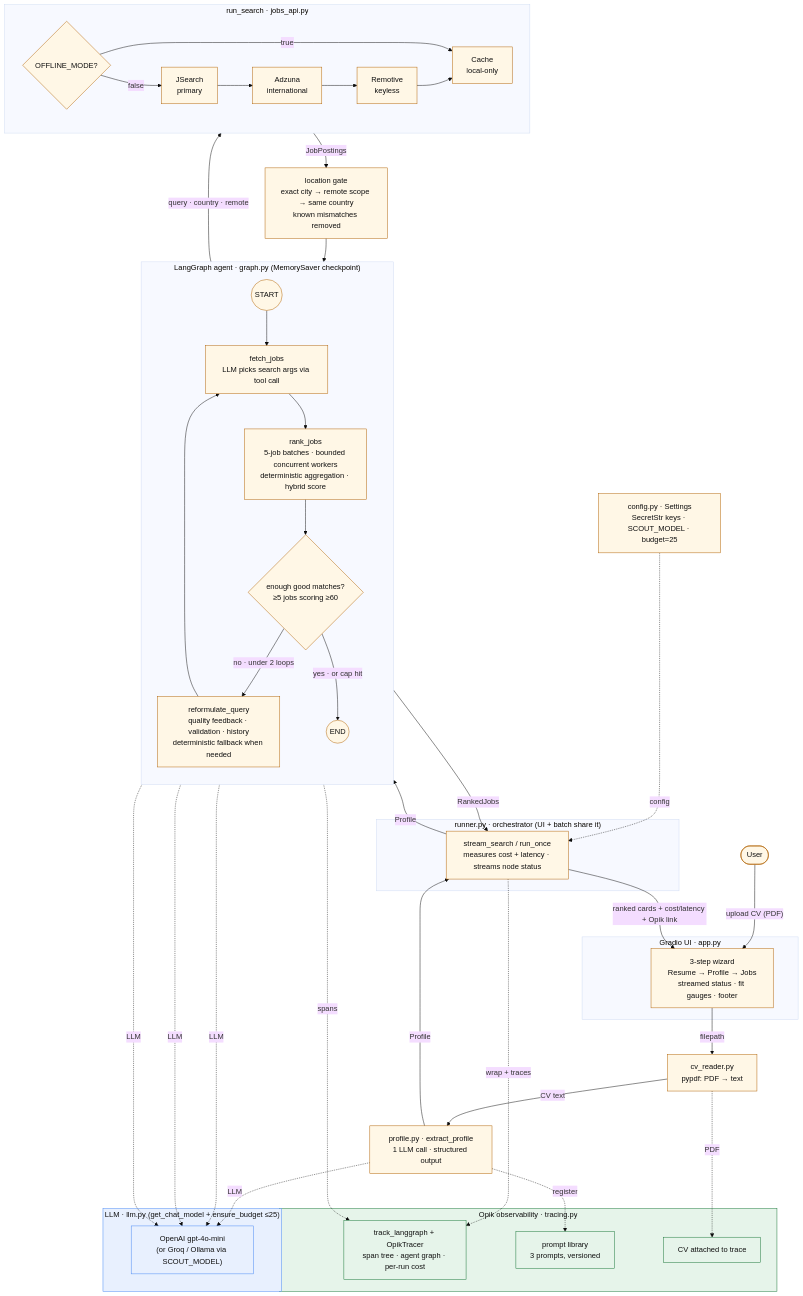
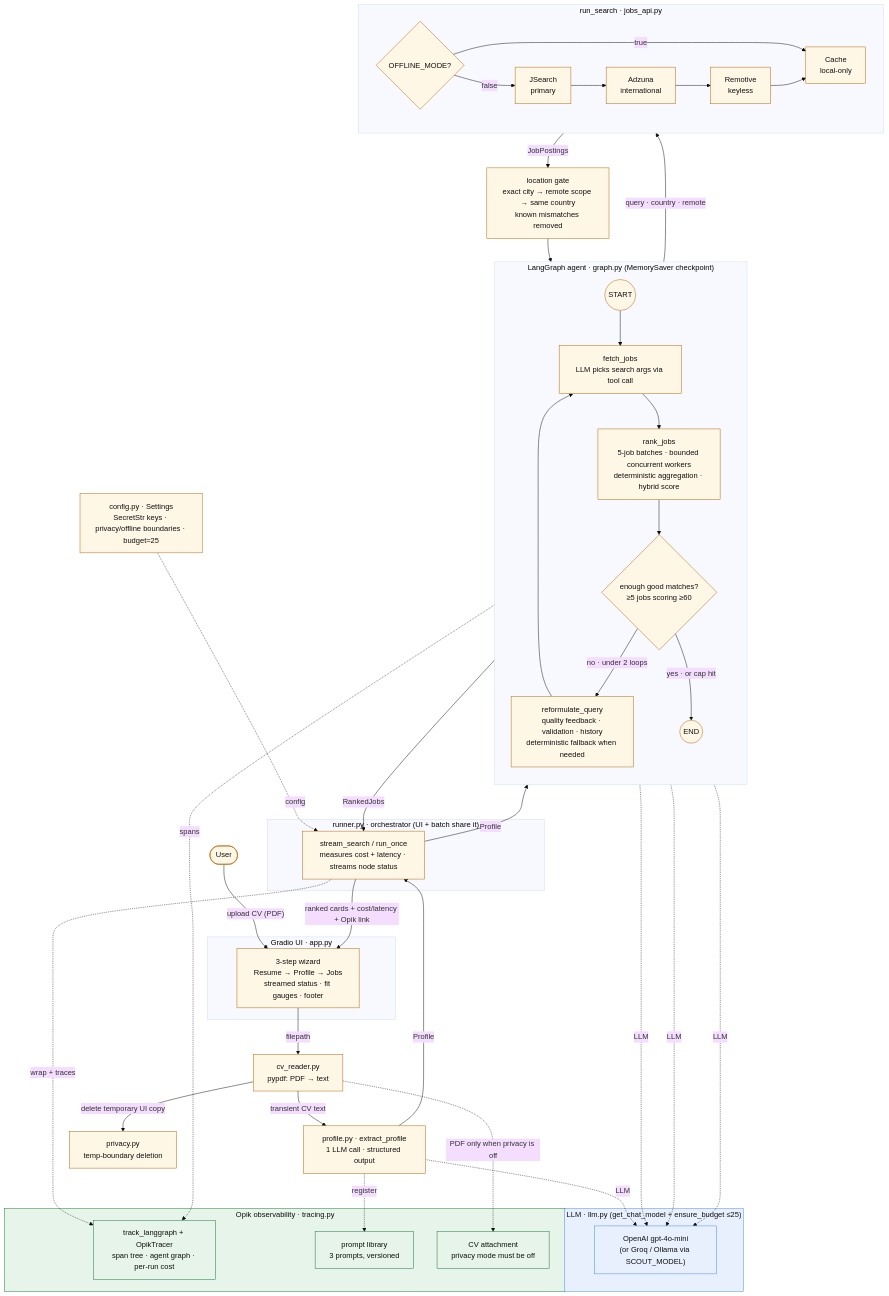
Before and after one commit to exitLQ/the-agent-that-got-me-rejected: the diagram in docs/architecture.md, drawn with Mermaid (base theme). The commit also changed other lines of this file and 14 other files, not shown here.

Commit message:
feat: add privacy mode

````diff
--- a/docs/architecture.md
+++ b/docs/architecture.md
@@ -11,68 +11,69 @@
 ```mermaid
 flowchart TB
   U(["User"]) -->|"upload CV (PDF)"| UI
 
   subgraph UI_L["Gradio UI · app.py"]
     UI["3-step wizard<br/>Resume → Profile → Jobs<br/>streamed status · fit gauges · footer"]
   end
 
   UI -->|"filepath"| CVR["cv_reader.py<br/>pypdf: PDF → text"]
-  CVR -->|"CV text"| EP["profile.py · extract_profile<br/>1 LLM call · structured output"]
+  CVR -->|"transient CV text"| EP["profile.py · extract_profile<br/>1 LLM call · structured output"]
+  CVR -->|"delete temporary UI copy"| DEL["privacy.py<br/>temp-boundary deletion"]
   EP -->|"Profile"| RUN
 
   subgraph ORCH["runner.py · orchestrator (UI + batch share it)"]
     RUN["stream_search / run_once<br/>measures cost + latency · streams node status"]
   end
 
   RUN -->|"Profile"| G
 
   subgraph G["LangGraph agent · graph.py (MemorySaver checkpoint)"]
     direction TB
     S((START)) --> FJ
     FJ["fetch_jobs<br/>LLM picks search args via tool call"] --> RJ
     RJ["rank_jobs<br/>5-job batches · bounded concurrent workers<br/>deterministic aggregation · hybrid score"] --> D{"enough good matches?<br/>≥5 jobs scoring ≥60"}
     D -->|"no · under 2 loops"| RQ["reformulate_query<br/>quality feedback · validation · history<br/>deterministic fallback when needed"]
     RQ --> FJ
     D -->|"yes · or cap hit"| E((END))
   end
 
   FJ -->|"query · country · remote"| SRCH
   subgraph SRCH["run_search · jobs_api.py"]
     direction LR
     MODE{"OFFLINE_MODE?"} -->|"true"| CA["Cache<br/>local-only"]
     MODE -->|"false"| JS["JSearch<br/>primary"]
     JS --> AZ["Adzuna<br/>international"] --> RM["Remotive<br/>keyless"] --> CA
   end
   SRCH -->|"JobPostings"| LOC["location gate<br/>exact city → remote scope → same country<br/>known mismatches removed"]
   LOC --> RJ
 
   E -->|"RankedJobs"| RUN
   RUN -->|"ranked cards + cost/latency + Opik link"| UI
 
   subgraph LLM_L["LLM · llm.py (get_chat_model + ensure_budget ≤25)"]
     OA["OpenAI gpt-4o-mini<br/>(or Groq / Ollama via SCOUT_MODEL)"]
   end
   EP -. "LLM" .-> OA
   FJ -. "LLM" .-> OA
   RJ -. "LLM" .-> OA
   RQ -. "LLM" .-> OA
 
   subgraph OBS["Opik observability · tracing.py"]
     TR["track_langgraph + OpikTracer<br/>span tree · agent graph · per-run cost"]
     PL["prompt library<br/>3 prompts, versioned"]
-    AT["CV attached to trace"]
+    AT["CV attachment<br/>privacy mode must be off"]
   end
   RUN -. "wrap + traces" .-> TR
   G -. "spans" .-> TR
   EP -. "register" .-> PL
-  CVR -. "PDF" .-> AT
+  CVR -. "PDF only when privacy is off" .-> AT
 
-  CFG["config.py · Settings<br/>SecretStr keys · SCOUT_MODEL · budget=25"] -. "config" .-> RUN
+  CFG["config.py · Settings<br/>SecretStr keys · privacy/offline boundaries · budget=25"] -. "config" .-> RUN
 
   classDef llm fill:#e8f0fe,stroke:#4285f4,color:#111;
   classDef obs fill:#e6f4ea,stroke:#137333,color:#111;
   classDef node fill:#fff7e6,stroke:#b06000,color:#111;
   class OA,LLM_L llm;
   class TR,PL,AT,OBS obs;
   class FJ,RJ,RQ node;
 ```
````
